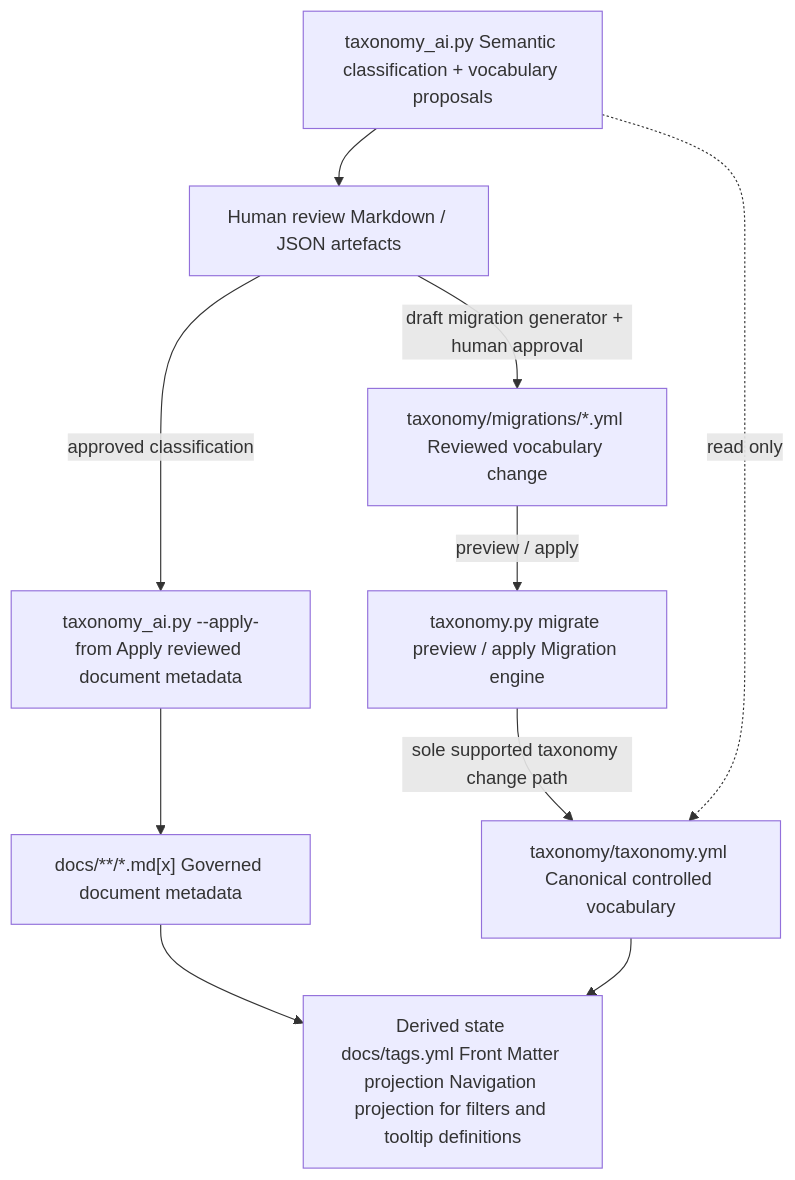
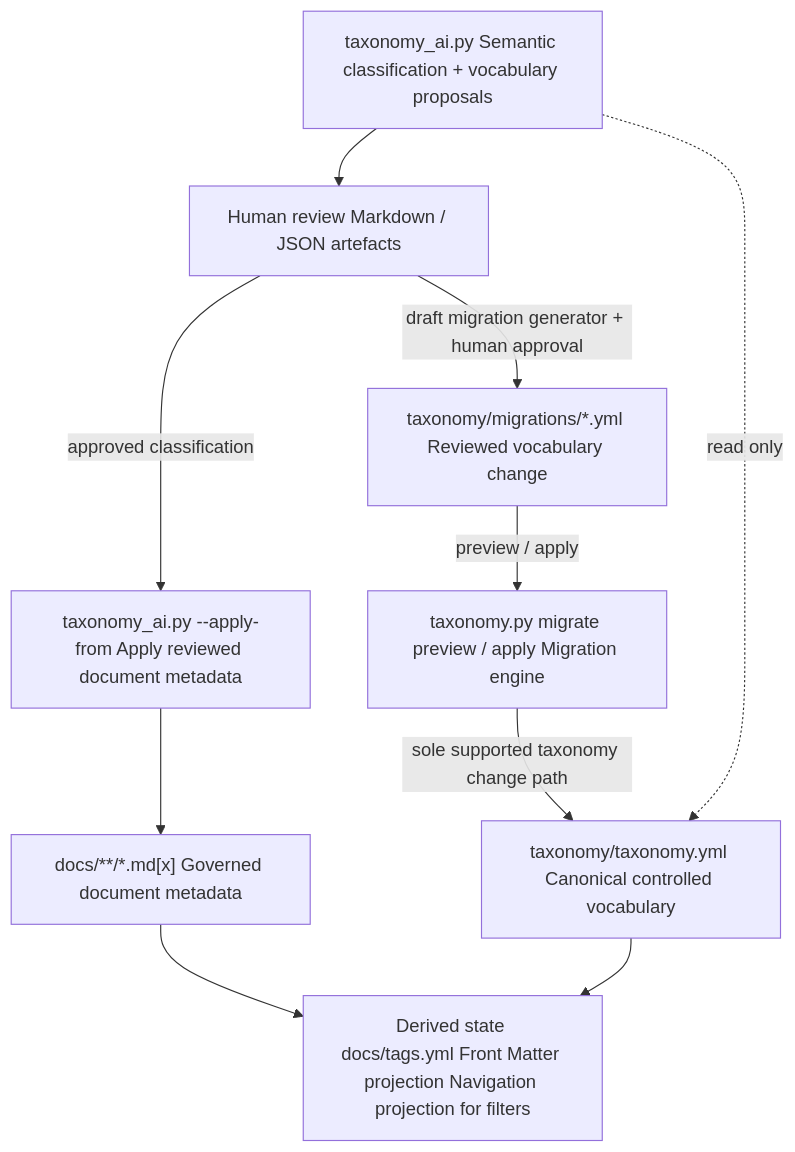
Before and after one commit to iand4096/docusaurusportfolio: the first of 2 diagrams in docs/implementation-details/taxonomy.md, drawn with Mermaid. The commit also changed other lines of this file and 9 other files, not shown here.

````diff
--- a/docs/implementation-details/taxonomy.md
+++ b/docs/implementation-details/taxonomy.md
@@ -111,33 +111,33 @@
 ```mermaid
 flowchart TD
     accTitle: Taxonomy governance architecture
     accDescr {
       AI classification produces proposals for human review and reads the canonical vocabulary without changing it.
       Approved classifications update document metadata.
       Vocabulary changes require a reviewed migration, preview, and application through the migration engine, the sole supported path for changing the canonical taxonomy.
       The taxonomy and document metadata generate repository projections.
     }
     AI["`taxonomy_ai.py Semantic classification + vocabulary proposals`"]
     REVIEW["`Human review Markdown / JSON artefacts`"]
     APPLY["`taxonomy_ai.py --apply-from Apply reviewed document metadata`"]
     MIGRATION["`taxonomy/migrations/*.yml Reviewed vocabulary change`"]
     ENGINE["`taxonomy.py migrate preview / apply Migration engine`"]
     DOCS["`docs/**/*.md[x] Governed document metadata`"]
     TAXONOMY["`taxonomy/taxonomy.yml Canonical controlled vocabulary`"]
-    DERIVED["`Derived state docs/tags.yml Front Matter projection Navigation projection for filters and tooltip definitions`"]
+    DERIVED["`Derived state docs/tags.yml Front Matter projection Navigation projection for filters`"]
 
     AI --> REVIEW
     REVIEW -->|"approved classification"| APPLY
     APPLY --> DOCS
     REVIEW -->|"draft migration generator + human approval"| MIGRATION
     MIGRATION -->|"preview / apply"| ENGINE
     ENGINE -->|"sole supported taxonomy change path"| TAXONOMY
     TAXONOMY --> DERIVED
     DOCS --> DERIVED
     AI -.->|"read only"| TAXONOMY
     class AI generation;
     class REVIEW interaction;
     class MIGRATION input;
     class APPLY,ENGINE process;
     class DOCS,TAXONOMY,DERIVED storage;
 ```
````
